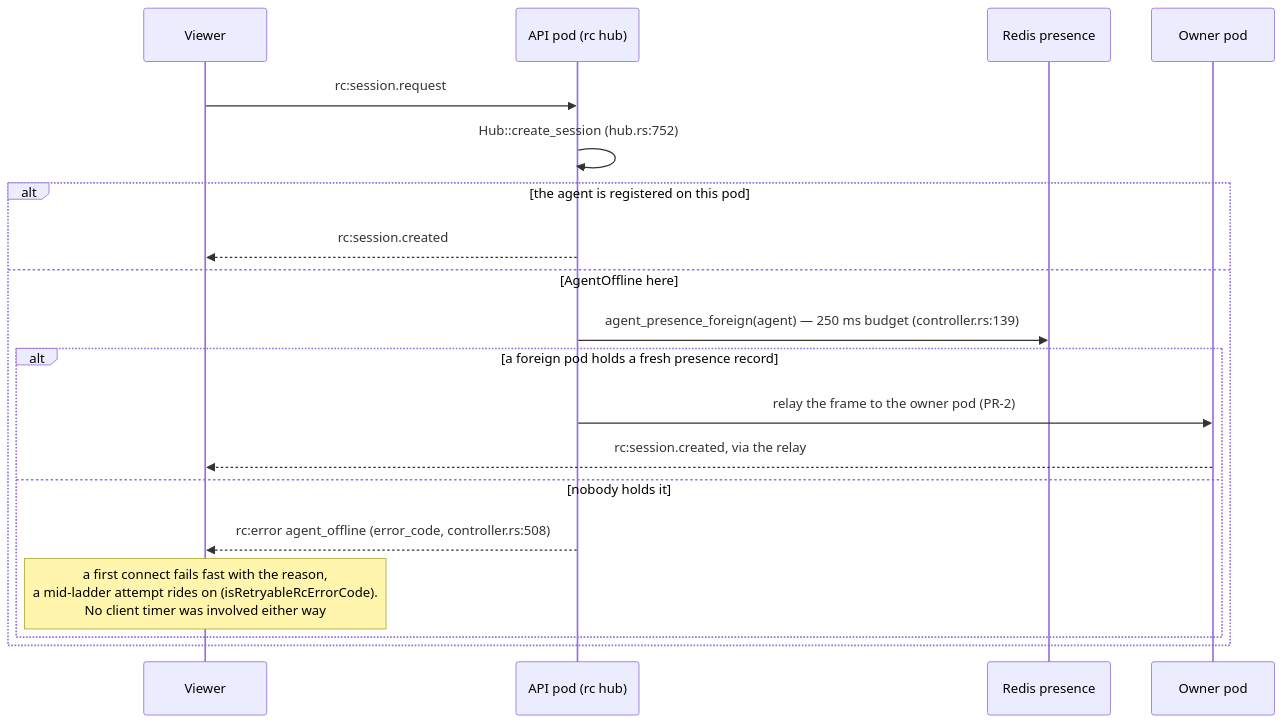
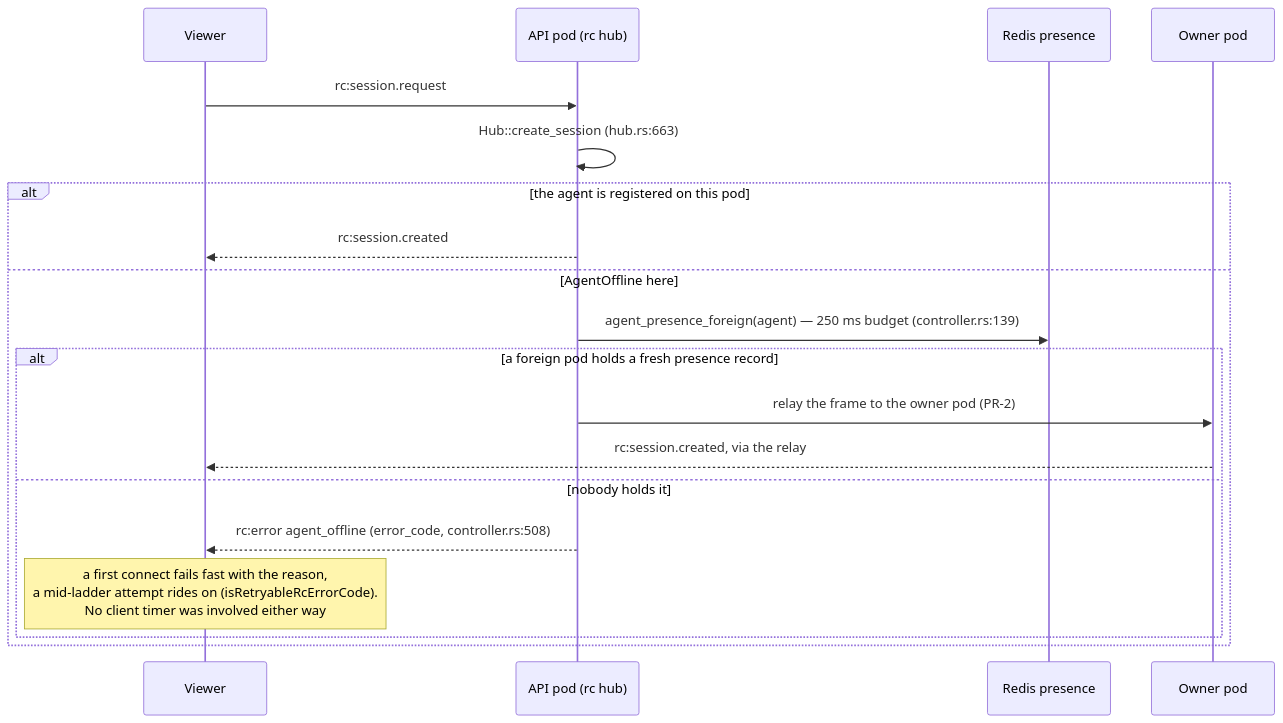
Diagram 31 of 43 in docs/remote-control.md (gjovanov/roomler-ai), drawn with Mermaid before and after one commit. The commit also changed other lines of this file and 35 other files, not shown here.

````diff
--- a/docs/remote-control.md
+++ b/docs/remote-control.md
@@ -3204,21 +3204,21 @@
 ```mermaid
 sequenceDiagram
     participant V as Viewer
     participant P as API pod (rc hub)
     participant R as Redis presence
     participant O as Owner pod
     V->>P: rc:session.request
-    P->>P: Hub::create_session (hub.rs:752)
+    P->>P: Hub::create_session (hub.rs:663)
     alt the agent is registered on this pod
         P-->>V: rc:session.created
     else AgentOffline here
         P->>R: agent_presence_foreign(agent) — 250 ms budget (controller.rs:139)
         alt a foreign pod holds a fresh presence record
             P->>O: relay the frame to the owner pod (PR-2)
             O-->>V: rc:session.created, via the relay
         else nobody holds it
             P-->>V: rc:error agent_offline (error_code, controller.rs:508)
             Note over V: a first connect fails fast with the reason,<br/>a mid-ladder attempt rides on (isRetryableRcErrorCode).<br/>No client timer was involved either way
         end
     end
 ```
````
